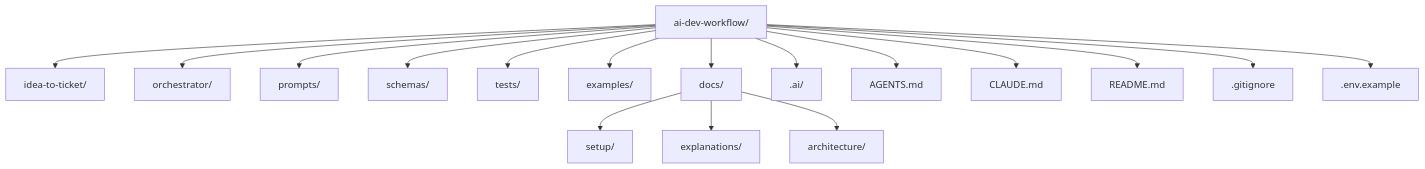
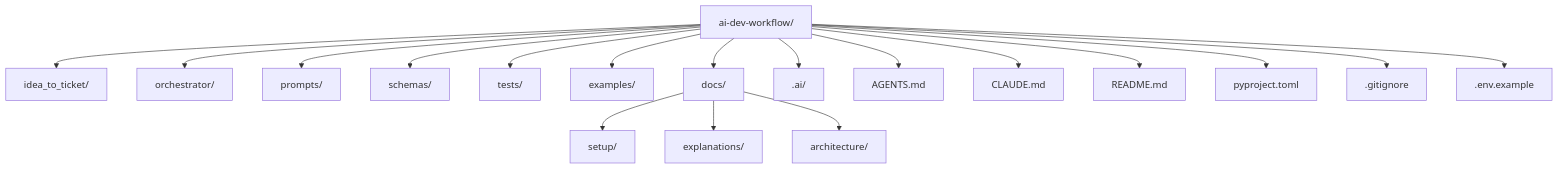
One commit to dawnluma/ai-dev-workflow changed the seventh of 15 diagrams in README.md. Above: the diagram before and after it, drawn with Mermaid. The commit also changed other lines of this file and 13 other files, not shown here.

````diff
--- a/README.md
+++ b/README.md
@@ -473,19 +562,20 @@
 ```mermaid
 flowchart TD
-    A[ai-dev-workflow/] --> B[idea-to-ticket/]
+    A[ai-dev-workflow/] --> B[idea_to_ticket/]
     A --> C[orchestrator/]
     A --> D[prompts/]
     A --> E[schemas/]
     A --> F[tests/]
     A --> G[examples/]
     A --> H[docs/]
     H --> H1[setup/]
     H --> H2[explanations/]
     H --> H3[architecture/]
     A --> I[.ai/]
     A --> J[AGENTS.md]
     A --> K[CLAUDE.md]
     A --> L[README.md]
-    A --> M[.gitignore]
-    A --> N[.env.example]
+    A --> M[pyproject.toml]
+    A --> N[.gitignore]
+    A --> O[.env.example]
 ```
````
